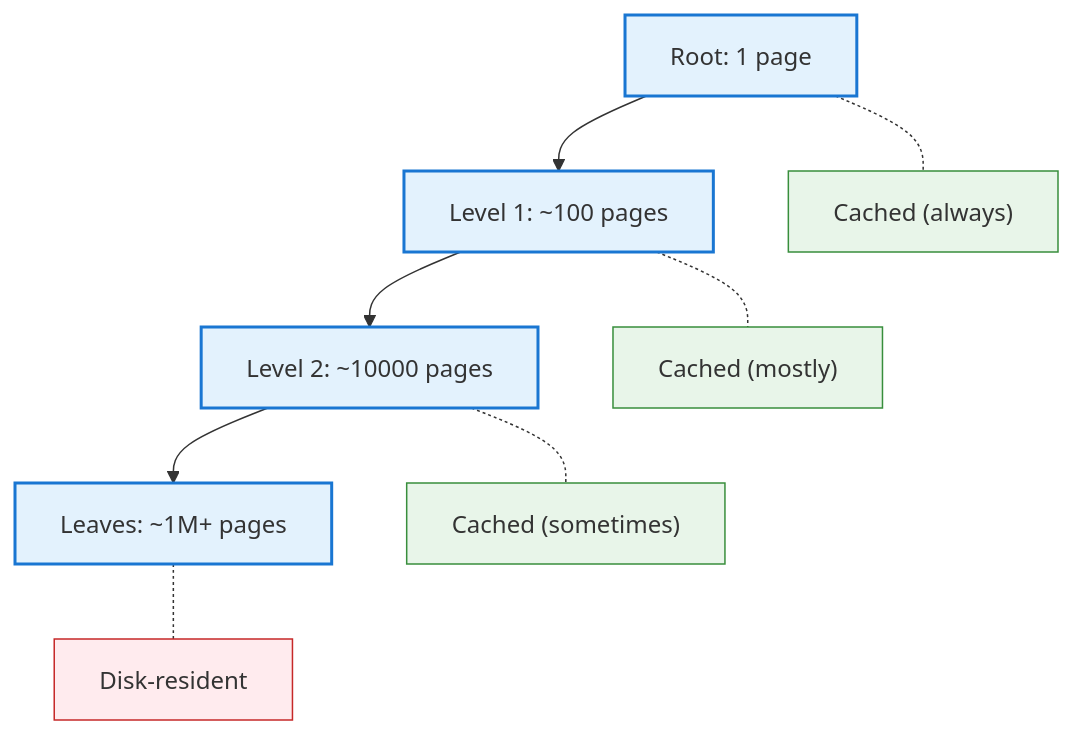
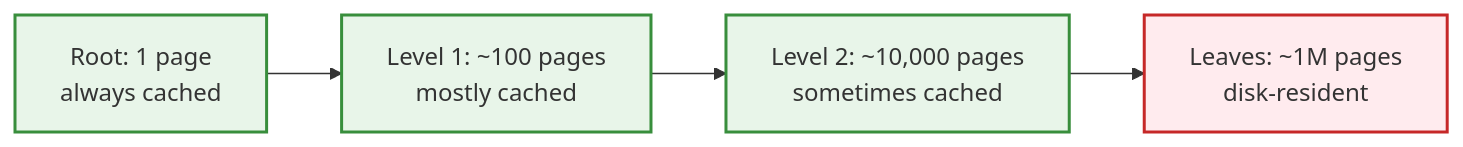
Before and after one commit to ufdatastudio/cop5725fa26: the fifth of 6 diagrams in lecture-outlines/day25-bplus-trees-i/slides.md, drawn with Mermaid. The commit also changed other lines of this file and 50 other files, not shown here.

````diff
--- a/lecture-outlines/day25-bplus-trees-i/slides.md
+++ b/lecture-outlines/day25-bplus-trees-i/slides.md
@@ -339,18 +298,10 @@
 ```mermaid
-graph TB
-  R["Root: 1 page"]
-  L1["Level 1: ~100 pages"]
-  L2["Level 2: ~10000 pages"]
-  LD["Leaves: ~1M+ pages"]
-  R --> L1 --> L2 --> LD
-  R -.- C1["Cached (always)"]
-  L1 -.- C2["Cached (mostly)"]
-  L2 -.- C3["Cached (sometimes)"]
-  LD -.- C4["Disk-resident"]
-  classDef level fill:#e3f2fd,stroke:#1976d2,stroke-width:2px
-  classDef cache fill:#e8f5e9,stroke:#388e3c
-  classDef disk fill:#ffebee,stroke:#c62828
-  class R,L1,L2,LD level
-  class C1,C2,C3 cache
-  class C4 disk
+graph LR
+  R["Root: 1 page<br/>always cached"] --> L1["Level 1: ~100 pages<br/>mostly cached"]
+  L1 --> L2["Level 2: ~10,000 pages<br/>sometimes cached"]
+  L2 --> LD["Leaves: ~1M pages<br/>disk-resident"]
+  classDef cached fill:#e8f5e9,stroke:#388e3c,stroke-width:2px
+  classDef disk fill:#ffebee,stroke:#c62828,stroke-width:2px
+  class R,L1,L2 cached
+  class LD disk
 ```
````
